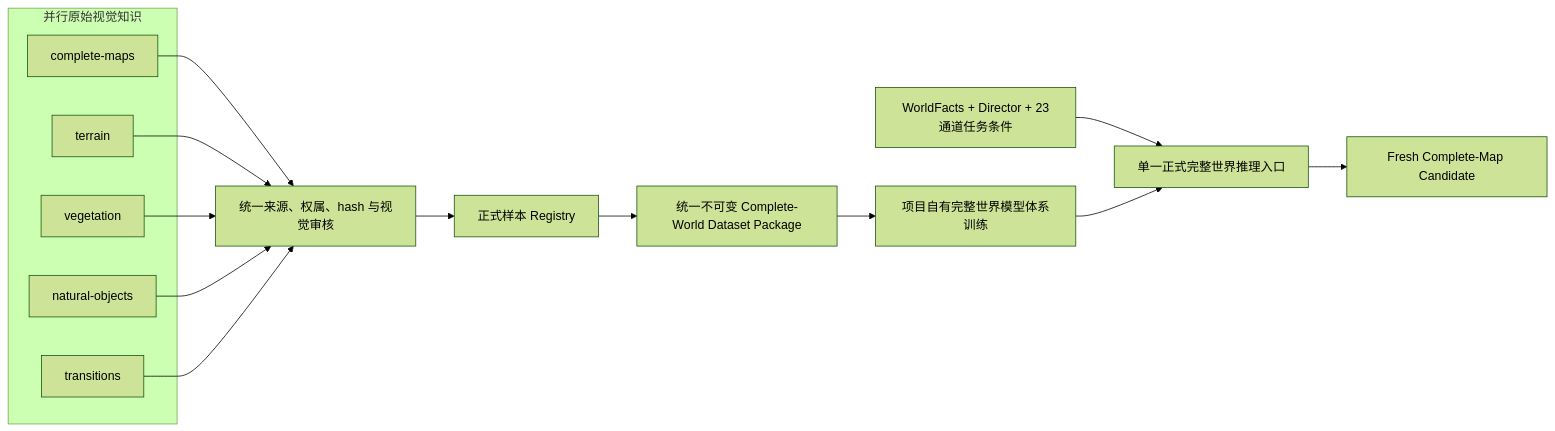
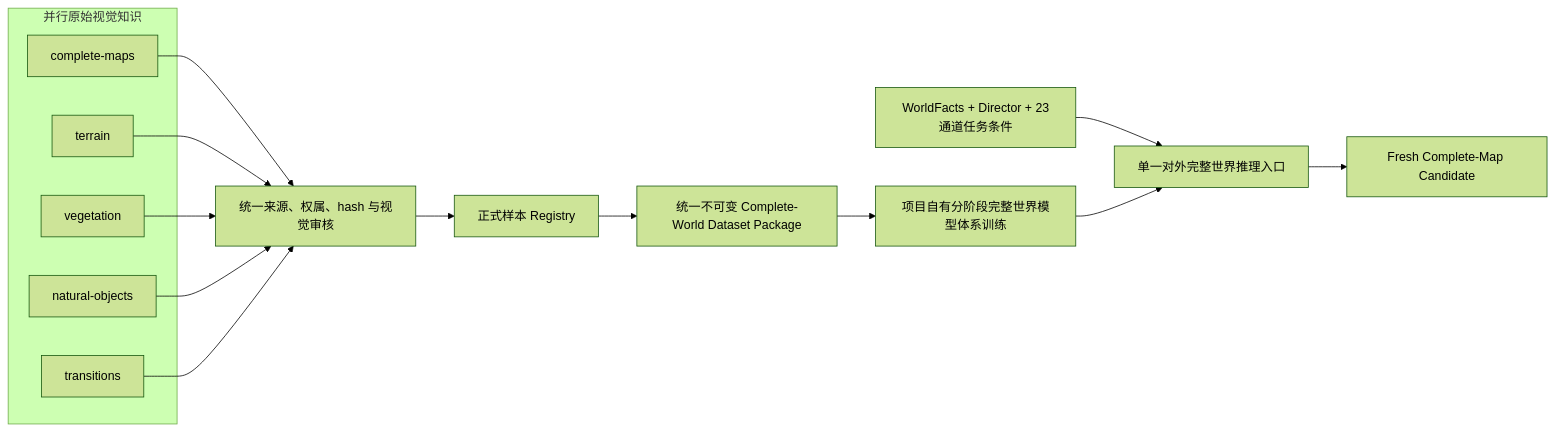
The third of 5 diagrams in docs/ARCHITECTURE.md (zhangshn/AI-PET-WORLD), drawn with Mermaid (forest theme) before and after one commit. The commit also changed other lines of this file and 245 other files, not shown here.

````diff
--- a/docs/ARCHITECTURE.md
+++ b/docs/ARCHITECTURE.md
@@ -296,21 +323,21 @@
 ```mermaid
 flowchart LR
   subgraph Sources["并行原始视觉知识"]
     CM["complete-maps"]
     TE["terrain"]
     VE["vegetation"]
     NO["natural-objects"]
     TR["transitions"]
   end
   CM --> Intake["统一来源、权属、hash 与视觉审核"]
   TE --> Intake
   VE --> Intake
   NO --> Intake
   TR --> Intake
   Intake --> Registry["正式样本 Registry"]
   Registry --> Package["统一不可变 Complete-World Dataset Package"]
-  Package --> Train["项目自有完整世界模型体系训练"]
-  Task["WorldFacts + Director + 23通道任务条件"] --> Inference["单一正式完整世界推理入口"]
+  Package --> Train["项目自有分阶段完整世界模型体系训练"]
+  Task["WorldFacts + Director + 23通道任务条件"] --> Inference["单一对外完整世界推理入口"]
   Train --> Inference
   Inference --> Candidate["Fresh Complete-Map Candidate"]
 ```
````
